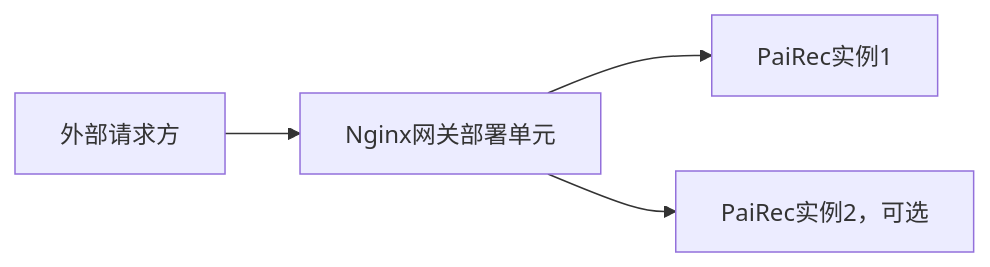
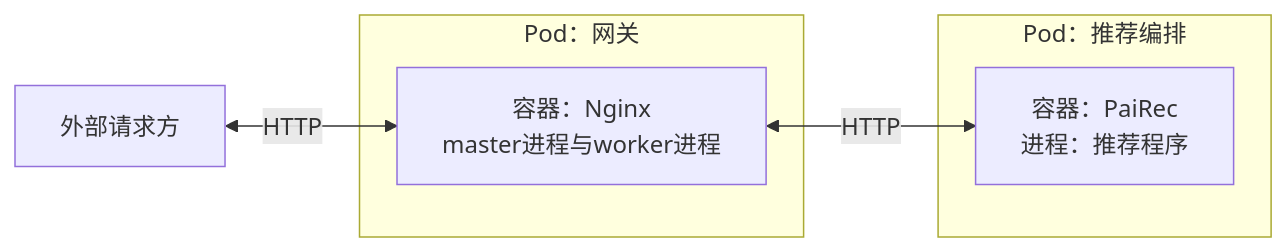
Before and after one commit to bitianyuan123/docs: diagram 14 of 15 in 07_other_services.md, drawn with Mermaid. The commit also changed other lines of this file and 141 other files, not shown here.

Commit message:
docs: audit module views and analyze PaiRec OneTrans Redis workloads

````diff
--- a/07_other_services.md
+++ b/07_other_services.md
@@ -394,6 +426,12 @@
 ```mermaid
 flowchart LR
-    U[外部请求方] --> N[Nginx网关部署单元]
-    N --> P1[PaiRec实例1]
-    N --> P2[PaiRec实例2，可选]
+    U[外部请求方]
+    subgraph NP[Pod：网关]
+        N[容器：Nginx<br/>master进程与worker进程]
+    end
+    subgraph PP[Pod：推荐编排]
+        P[容器：PaiRec<br/>进程：推荐程序]
+    end
+    U <-->|HTTP| N
+    N <-->|HTTP| P
 ```
````
